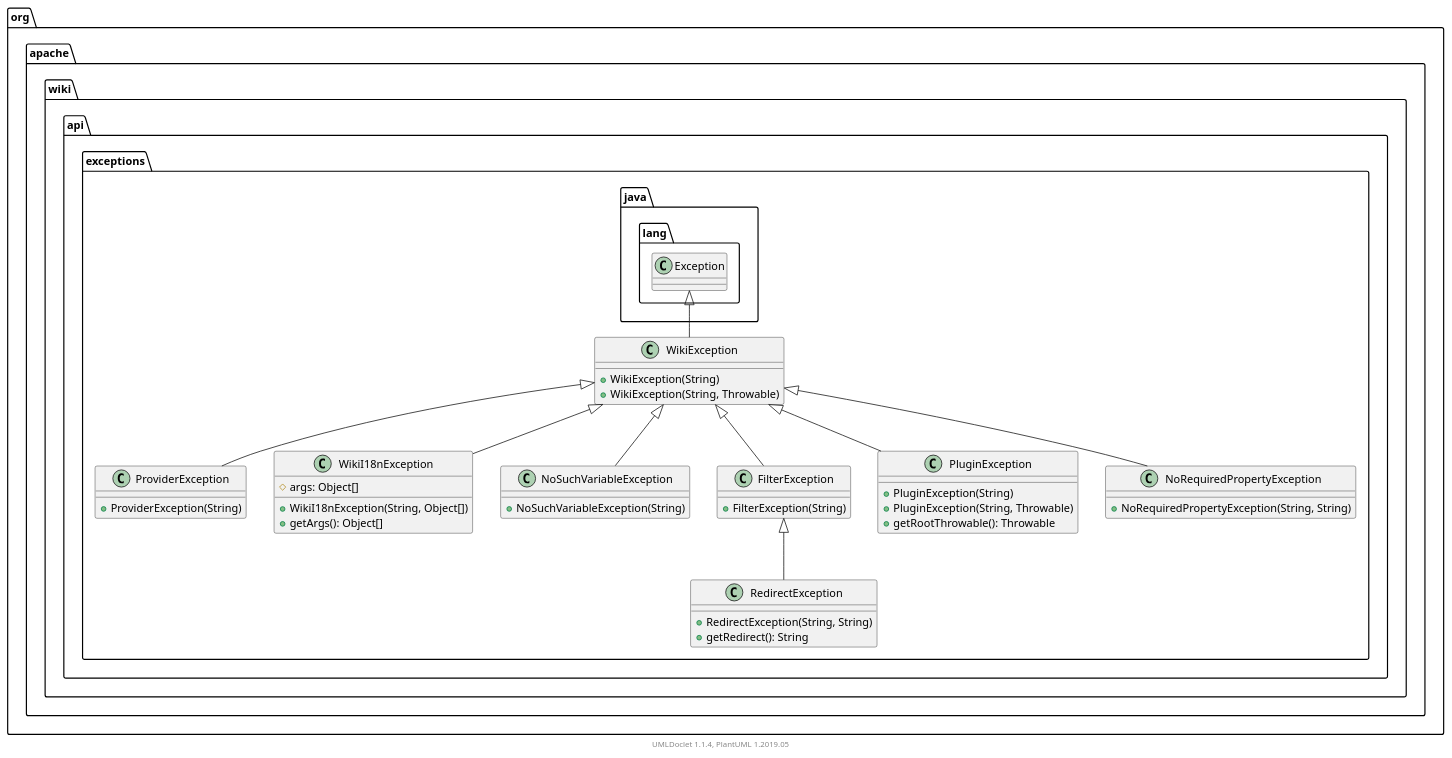
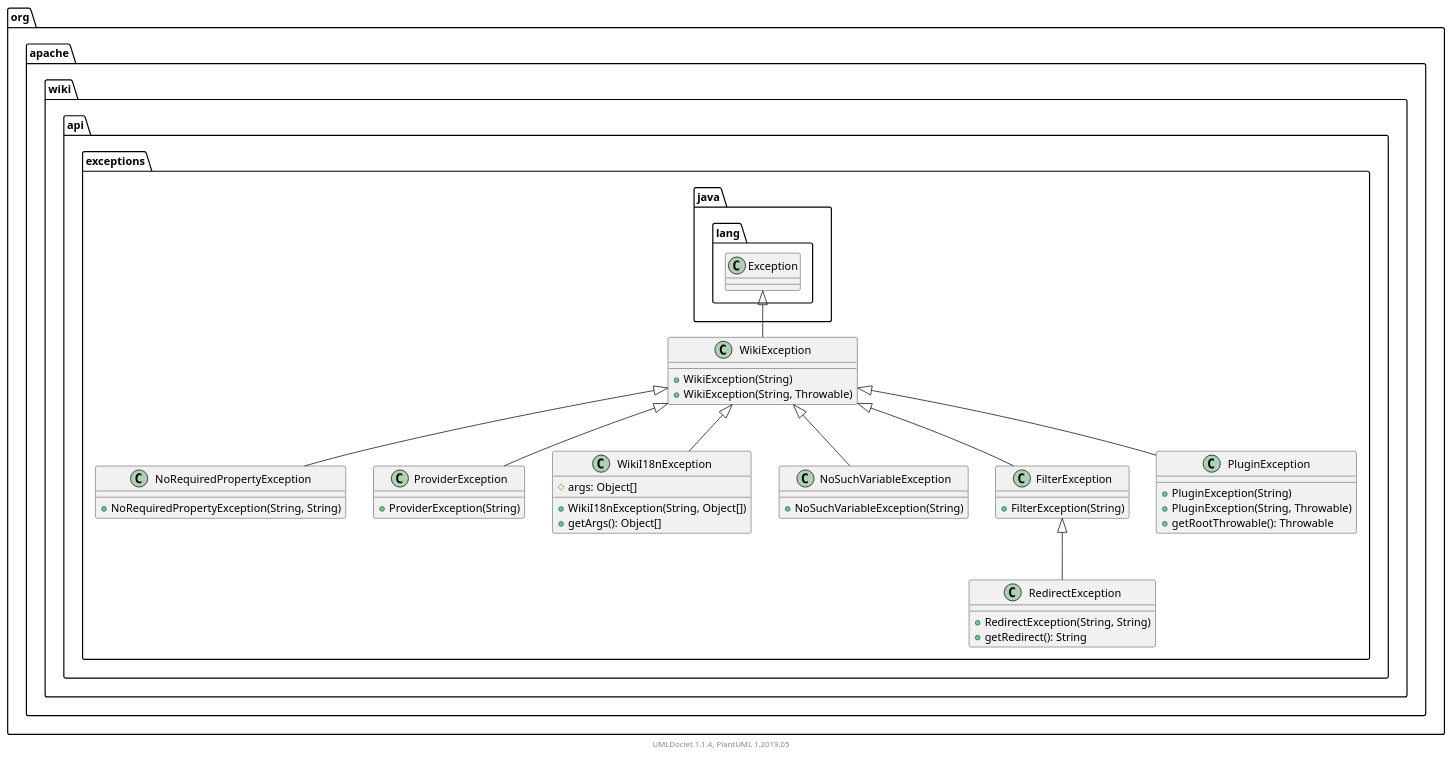
The diagram in apidocs/2.11.0.M7-SNAPSHOT/org/apache/wiki/api/exceptions/package.puml (apache/jspwiki-site), drawn with PlantUML before and after one commit. The commit also changed other lines of this file and 1626 other files, not shown here.

```diff
--- a/apidocs/2.11.0.M7-SNAPSHOT/org/apache/wiki/api/exceptions/package.puml
+++ b/apidocs/2.11.0.M7-SNAPSHOT/org/apache/wiki/api/exceptions/package.puml
@@ -1,64 +1,64 @@
 @startuml
 
     namespace org.apache.wiki.api.exceptions {
+
+        class NoRequiredPropertyException [[NoRequiredPropertyException.html]] {
+            +NoRequiredPropertyException(String, String)
+        }
 
         class ProviderException [[ProviderException.html]] {
             +ProviderException(String)
         }
 
         class WikiI18nException [[WikiI18nException.html]] {
             #args: Object[]
             +WikiI18nException(String, Object[])
             +getArgs(): Object[]
+        }
+
+        class WikiException [[WikiException.html]] {
+            +WikiException(String)
+            +WikiException(String, Throwable)
+        }
+
+        class RedirectException [[RedirectException.html]] {
+            +RedirectException(String, String)
+            +getRedirect(): String
         }
 
         class NoSuchVariableException [[NoSuchVariableException.html]] {
             +NoSuchVariableException(String)
         }
 
         class FilterException [[FilterException.html]] {
             +FilterException(String)
         }
 
         class PluginException [[PluginException.html]] {
             +PluginException(String)
             +PluginException(String, Throwable)
             +getRootThrowable(): Throwable
         }
 
-        class RedirectException [[RedirectException.html]] {
-            +RedirectException(String, String)
-            +getRedirect(): String
-        }
-
-        class WikiException [[WikiException.html]] {
-            +WikiException(String)
-            +WikiException(String, Throwable)
-        }
-
-        class NoRequiredPropertyException [[NoRequiredPropertyException.html]] {
-            +NoRequiredPropertyException(String, String)
-        }
+        WikiException <|-- NoRequiredPropertyException
 
         WikiException <|-- ProviderException
 
         WikiException <|-- WikiI18nException
+
+        class java.lang.Exception
+        java.lang.Exception <|-- WikiException
+
+        FilterException <|-- RedirectException
 
         WikiException <|-- NoSuchVariableException
 
         WikiException <|-- FilterException
 
         WikiException <|-- PluginException
 
-        FilterException <|-- RedirectException
-
-        class java.lang.Exception
-        java.lang.Exception <|-- WikiException
-
-        WikiException <|-- NoRequiredPropertyException
-
     }
 
 
     center footer UMLDoclet 1.1.4, PlantUML 1.2019.05
 @enduml
```
